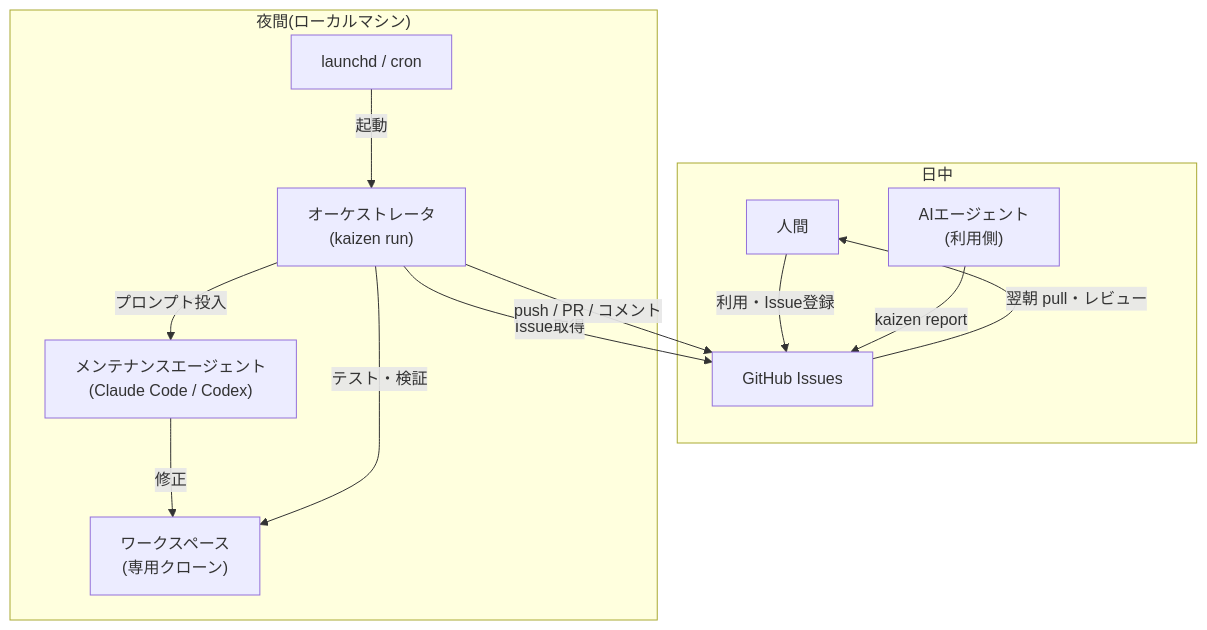
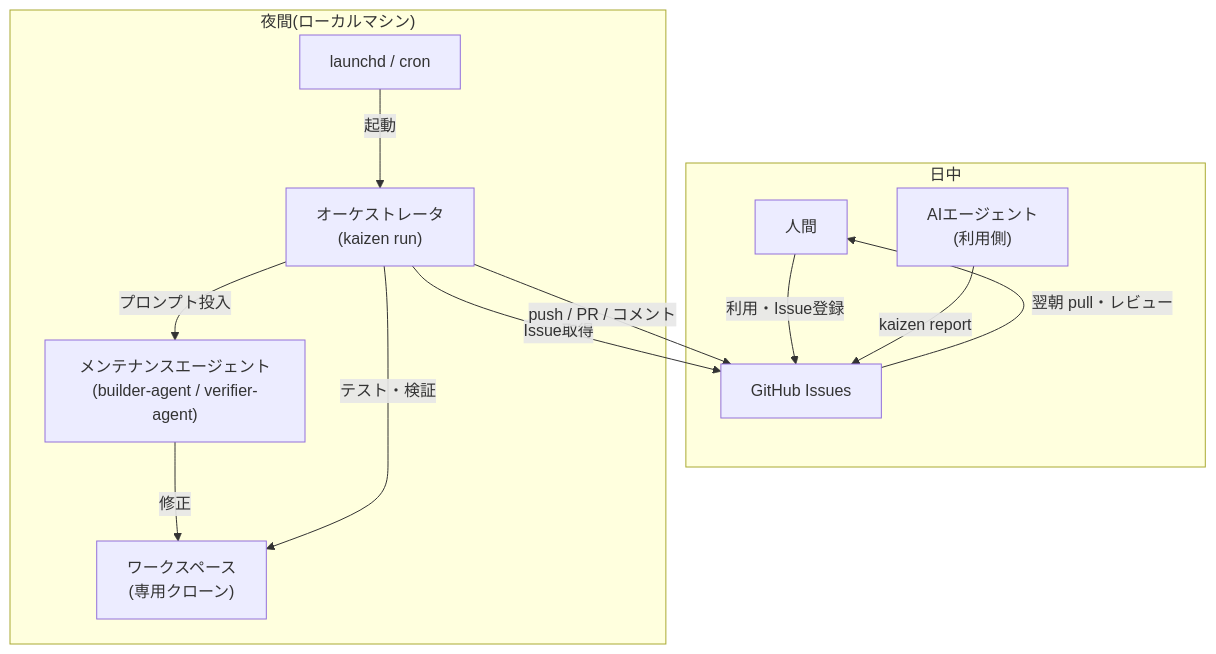
One commit to kaizen-agents-org/kaizen-loop changed the second of 2 diagrams in docs/00-overview.md. Above: the diagram before and after it, drawn with Mermaid. The commit also changed other lines of this file and 22 other files, not shown here.

Commit message:
Integrate builder and verifier agents

````diff
--- a/docs/00-overview.md
+++ b/docs/00-overview.md
@@ -64,16 +64,16 @@
 ```mermaid
 flowchart TB
     subgraph day["日中"]
         H["人間"] -->|"利用・Issue登録"| GH["GitHub Issues"]
         AI["AIエージェント<br/>(利用側)"] -->|"kaizen report"| GH
     end
     subgraph night["夜間(ローカルマシン)"]
         SCHED["launchd / cron"] -->|"起動"| ORCH["オーケストレータ<br/>(kaizen run)"]
         ORCH -->|"Issue取得"| GH
-        ORCH -->|"プロンプト投入"| AGENT["メンテナンスエージェント<br/>(Claude Code / Codex)"]
+        ORCH -->|"プロンプト投入"| AGENT["メンテナンスエージェント<br/>(builder-agent / verifier-agent)"]
         AGENT -->|"修正"| WS["ワークスペース<br/>(専用クローン)"]
         ORCH -->|"テスト・検証"| WS
         ORCH -->|"push / PR / コメント"| GH
     end
     GH -->|"翌朝 pull・レビュー"| H
 ```
````
